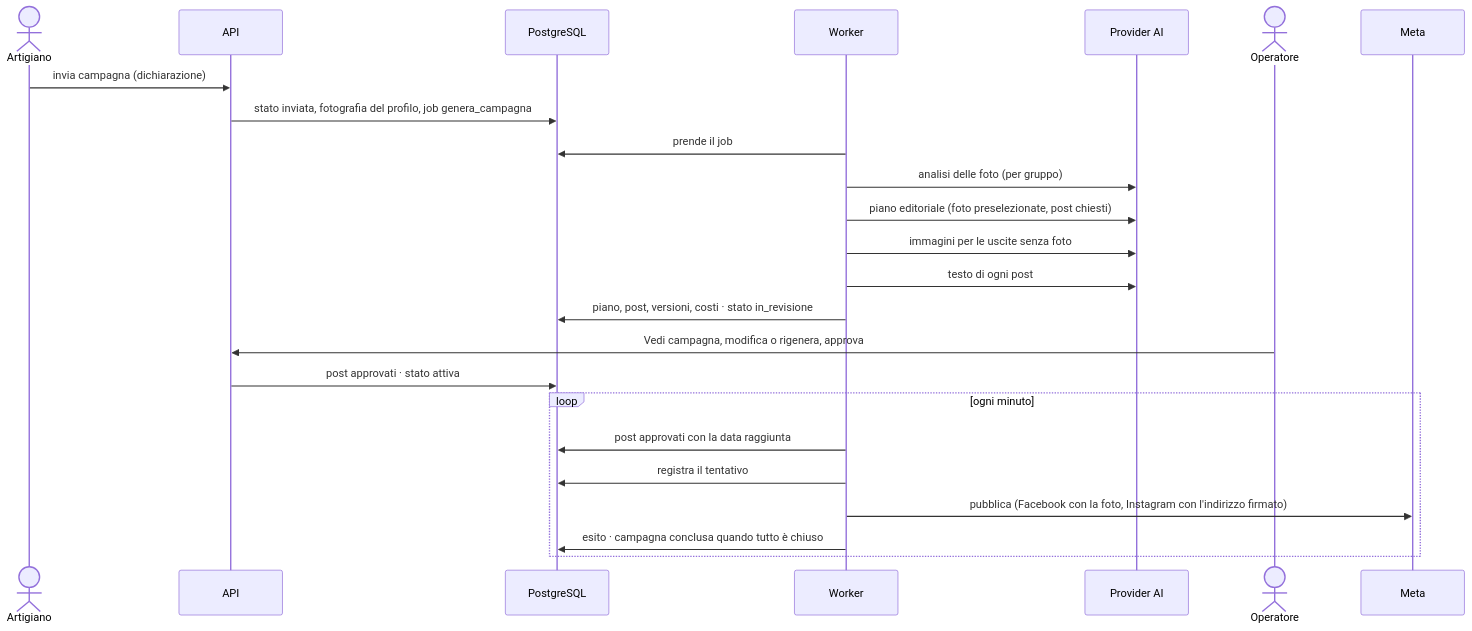
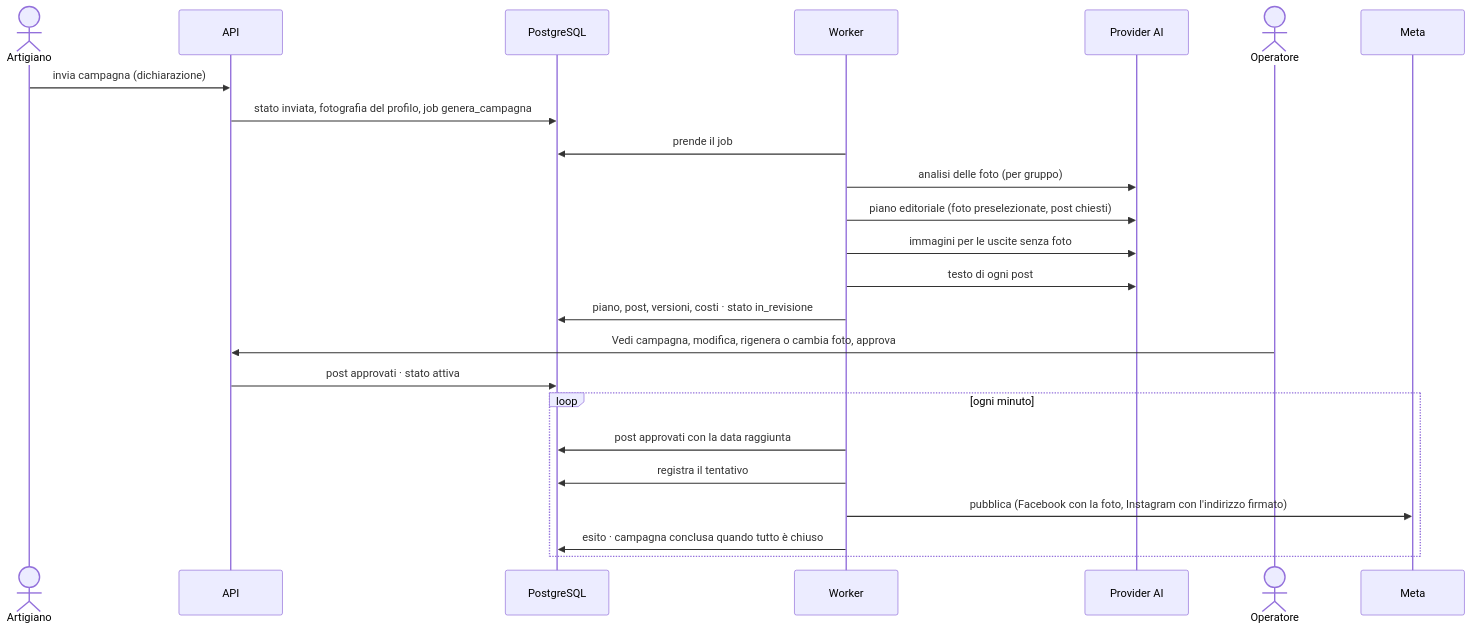
One commit to Full-Stack-AI-ADFlow-Suite-Project/adflow-suite changed the fourth of 5 diagrams in docs/proposta-tecnica.md. Above: the diagram before and after it, drawn with Mermaid. The commit also changed other lines of this file and 19 other files, not shown here.

````diff
--- a/docs/proposta-tecnica.md
+++ b/docs/proposta-tecnica.md
@@ -198,26 +212,26 @@
 ```mermaid
 sequenceDiagram
   actor A as Artigiano
   participant API
   participant DB as PostgreSQL
   participant W as Worker
   participant AI as Provider AI
   actor O as Operatore
   participant M as Meta
   A->>API: invia campagna (dichiarazione)
   API->>DB: stato inviata, fotografia del profilo, job genera_campagna
   W->>DB: prende il job
   W->>AI: analisi delle foto (per gruppo)
   W->>AI: piano editoriale (foto preselezionate, post chiesti)
   W->>AI: immagini per le uscite senza foto
   W->>AI: testo di ogni post
   W->>DB: piano, post, versioni, costi · stato in_revisione
-  O->>API: Vedi campagna, modifica o rigenera, approva
+  O->>API: Vedi campagna, modifica, rigenera o cambia foto, approva
   API->>DB: post approvati · stato attiva
   loop ogni minuto
     W->>DB: post approvati con la data raggiunta
     W->>DB: registra il tentativo
     W->>M: pubblica (Facebook con la foto, Instagram con l'indirizzo firmato)
     W->>DB: esito · campagna conclusa quando tutto è chiuso
   end
 ```
````
